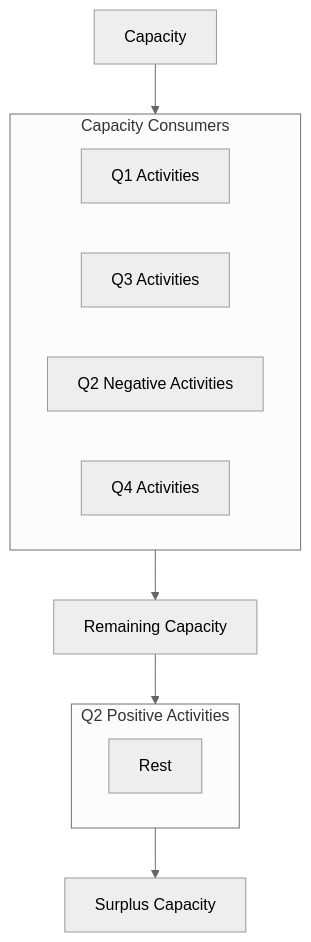
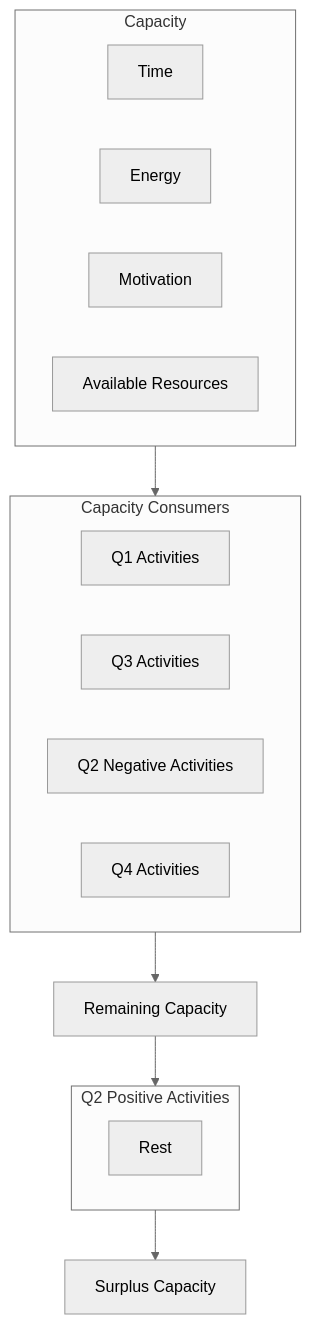
One commit to iamharryliu/vigilant-broccoli changed the second of 3 diagrams in notes/life-skills/productivity.md. Above: the diagram before and after it, drawn with Mermaid (neutral theme). The commit also changed 1 other file, not shown here.

Commit message:
docs(notes): Update Markdown notes.

````diff
--- a/notes/life-skills/productivity.md
+++ b/notes/life-skills/productivity.md
@@ -32,29 +32,33 @@
 ```mermaid
 flowchart TD
 
-
-
-C[Capacity]
 Q1[Q1 Activities]
 Q3[Q3 Activities]
+
+subgraph C[Capacity]
+  Time[Time]
+  Energy[Energy]
+  Motivation[Motivation]
+  Resources[Available Resources]
+end 
 
 subgraph E[Capacity Consumers]
   Q1[Q1 Activities]
   Q2N[Q2 Negative Activities]
   Q3[Q3 Activities]
   Q4[Q4 Activities]
 end
 
 subgraph Q2P[Q2 Positive Activities ]
   Q21[Rest]
 end
 
 SC[Surplus Capacity]
 
 
 C --> E
 E --> RC
 RC[Remaining Capacity]
 RC --> Q2P
 Q2P --> SC
 ```
````
